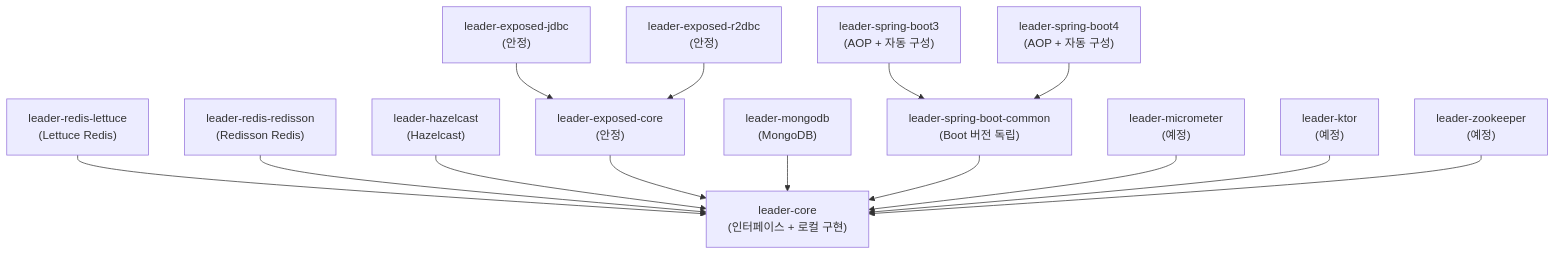
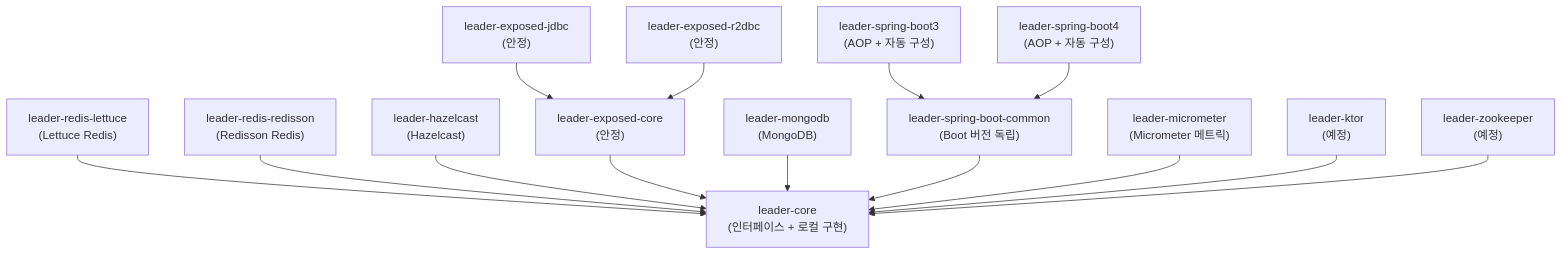
Before and after one commit to bluetape4k/bluetape4k-leader: the first of 3 diagrams in README.ko.md, drawn with Mermaid. The commit also changed other lines of this file and 17 other files, not shown here.

First line of the commit message:
feat: leader-aop Micrometer metrics 통합 (#75, #101)

````diff
--- a/README.ko.md
+++ b/README.ko.md
@@ -25,31 +25,31 @@
 ```mermaid
 graph TD
     Core["leader-core\n(인터페이스 + 로컬 구현)"]
     Lettuce["leader-redis-lettuce\n(Lettuce Redis)"]
     Redisson["leader-redis-redisson\n(Redisson Redis)"]
     Hazelcast["leader-hazelcast\n(Hazelcast)"]
     ExposedCore["leader-exposed-core\n(안정)"]
     ExposedJdbc["leader-exposed-jdbc\n(안정)"]
     ExposedR2dbc["leader-exposed-r2dbc\n(안정)"]
     Mongo["leader-mongodb\n(MongoDB)"]
     SBCommon["leader-spring-boot-common\n(Boot 버전 독립)"]
     SB3["leader-spring-boot3\n(AOP + 자동 구성)"]
     SB4["leader-spring-boot4\n(AOP + 자동 구성)"]
-    Metrics["leader-micrometer\n(예정)"]
+    Metrics["leader-micrometer\n(Micrometer 메트릭)"]
     Ktor["leader-ktor\n(예정)"]
     ZK["leader-zookeeper\n(예정)"]
 
     Lettuce --> Core
     Redisson --> Core
     Hazelcast --> Core
     ExposedCore --> Core
     ExposedJdbc --> ExposedCore
     ExposedR2dbc --> ExposedCore
     Mongo --> Core
     SBCommon --> Core
     SB3 --> SBCommon
     SB4 --> SBCommon
     Metrics --> Core
     Ktor --> Core
     ZK --> Core
 ```
````
